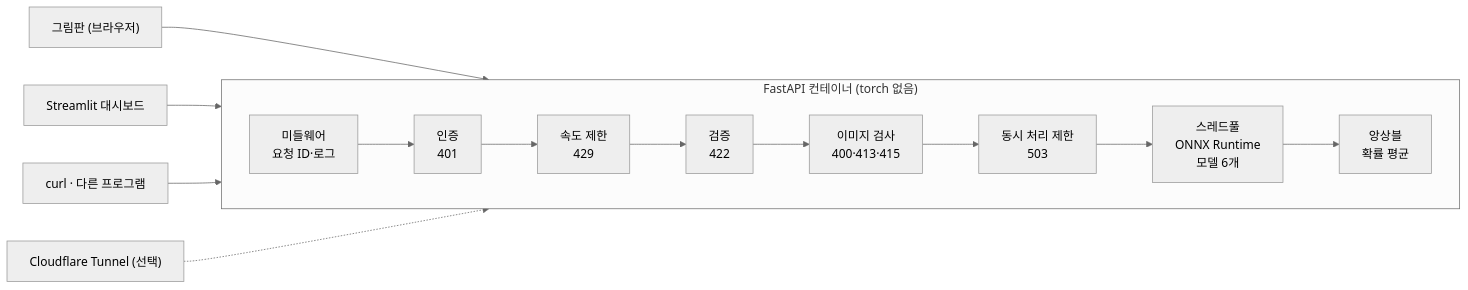
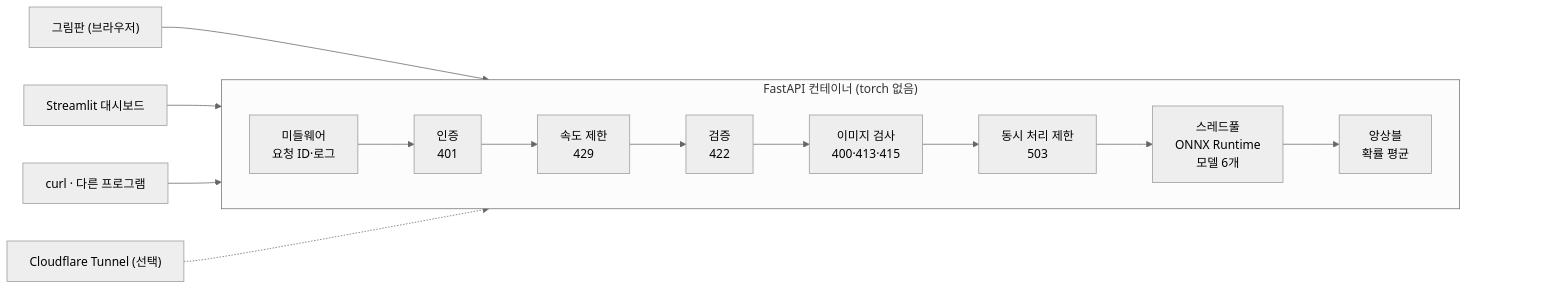
Before and after one commit to stella1298/AIFFEL_Quest_EPA: the diagram in Serving/Serving02/README.md, drawn with Mermaid (neutral theme). The commit also changed 3 other files, not shown here.

````diff
--- a/Serving/Serving02/README.md
+++ b/Serving/Serving02/README.md
@@ -125,11 +125,14 @@
 ```mermaid
 flowchart LR
     B["그림판 (브라우저)"] --> API
     S["Streamlit 대시보드"] --> API
     C["curl · 다른 프로그램"] --> API
     T["Cloudflare Tunnel (선택)"] -.-> API
     subgraph API["FastAPI 컨테이너 (torch 없음)"]
         direction LR
         M["미들웨어<br/>요청 ID·로그"] --> A["인증<br/>401"] --> R["속도 제한<br/>429"] --> V["검증<br/>422"] --> I["이미지 검사<br/>400·413·415"] --> Q["동시 처리 제한<br/>503"] --> P["스레드풀<br/>ONNX Runtime<br/>모델 6개"] --> E["앙상블<br/>확률 평균"]
     end
+    %% 오른쪽 아래 확대·이동 버튼이 그림을 가리지 않게 비워 두는 자리
+    API ~~~ pad["　　　　　　　　　"]
+    style pad fill:none,stroke:none
 ```
````
